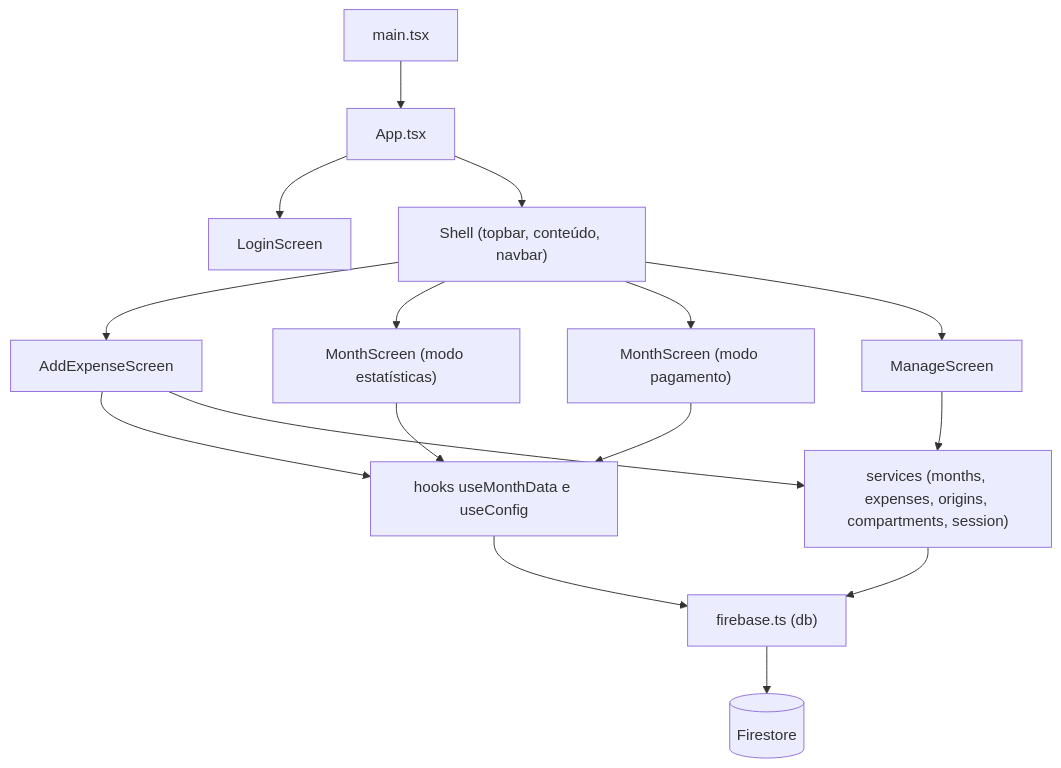
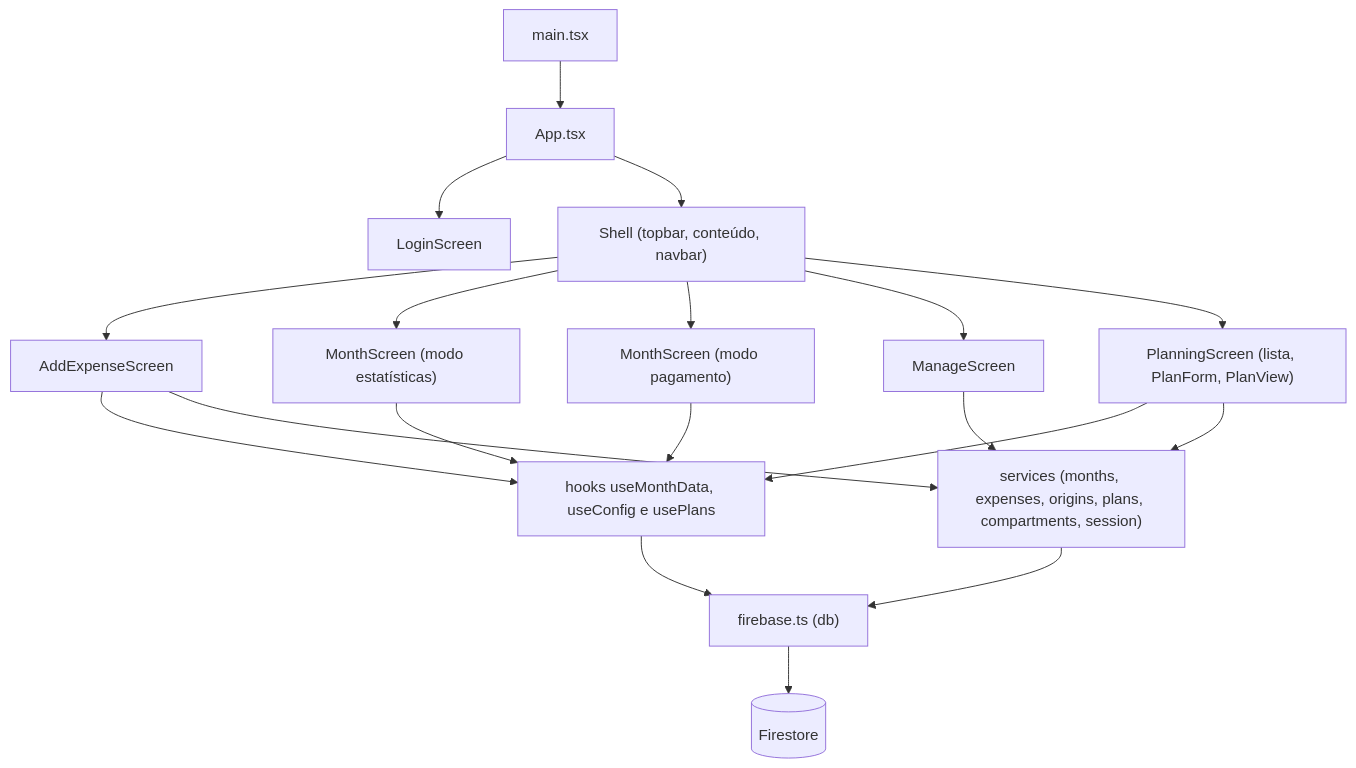
One commit to RuanPS01/cash-organizer-web changed the diagram in docs/01-arquitetura.md. Above: the diagram before and after it, drawn with Mermaid. The commit also changed other lines of this file and 27 other files, not shown here.

````diff
--- a/docs/01-arquitetura.md
+++ b/docs/01-arquitetura.md
@@ -14,18 +14,21 @@
 ```mermaid
 flowchart TD
   A["main.tsx"] --> B["App.tsx"]
   B --> C["LoginScreen"]
   B --> D["Shell (topbar, conteúdo, navbar)"]
   D --> E["AddExpenseScreen"]
   D --> F["MonthScreen (modo estatísticas)"]
   D --> G["MonthScreen (modo pagamento)"]
   D --> H["ManageScreen"]
-  E --> I["hooks useMonthData e useConfig"]
+  D --> P["PlanningScreen (lista, PlanForm, PlanView)"]
+  E --> I["hooks useMonthData, useConfig e usePlans"]
   F --> I
   G --> I
+  P --> I
   H --> J
-  E --> J["services (months, expenses, origins, compartments, session)"]
+  P --> J
+  E --> J["services (months, expenses, origins, plans, compartments, session)"]
   I --> K["firebase.ts (db)"]
   J --> K
   K --> L[("Firestore")]
 ```
````
